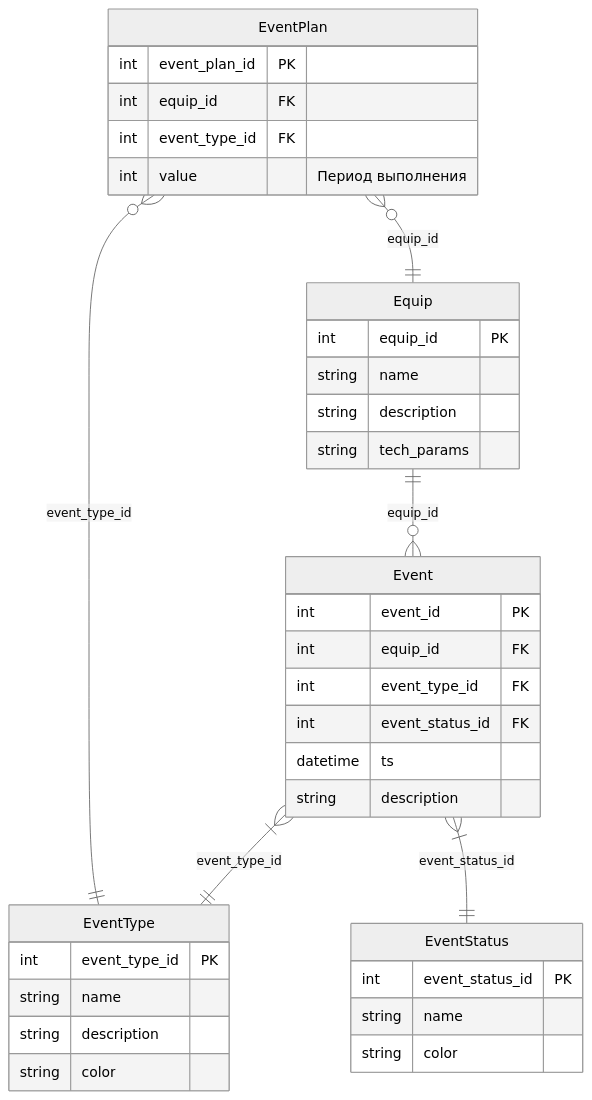
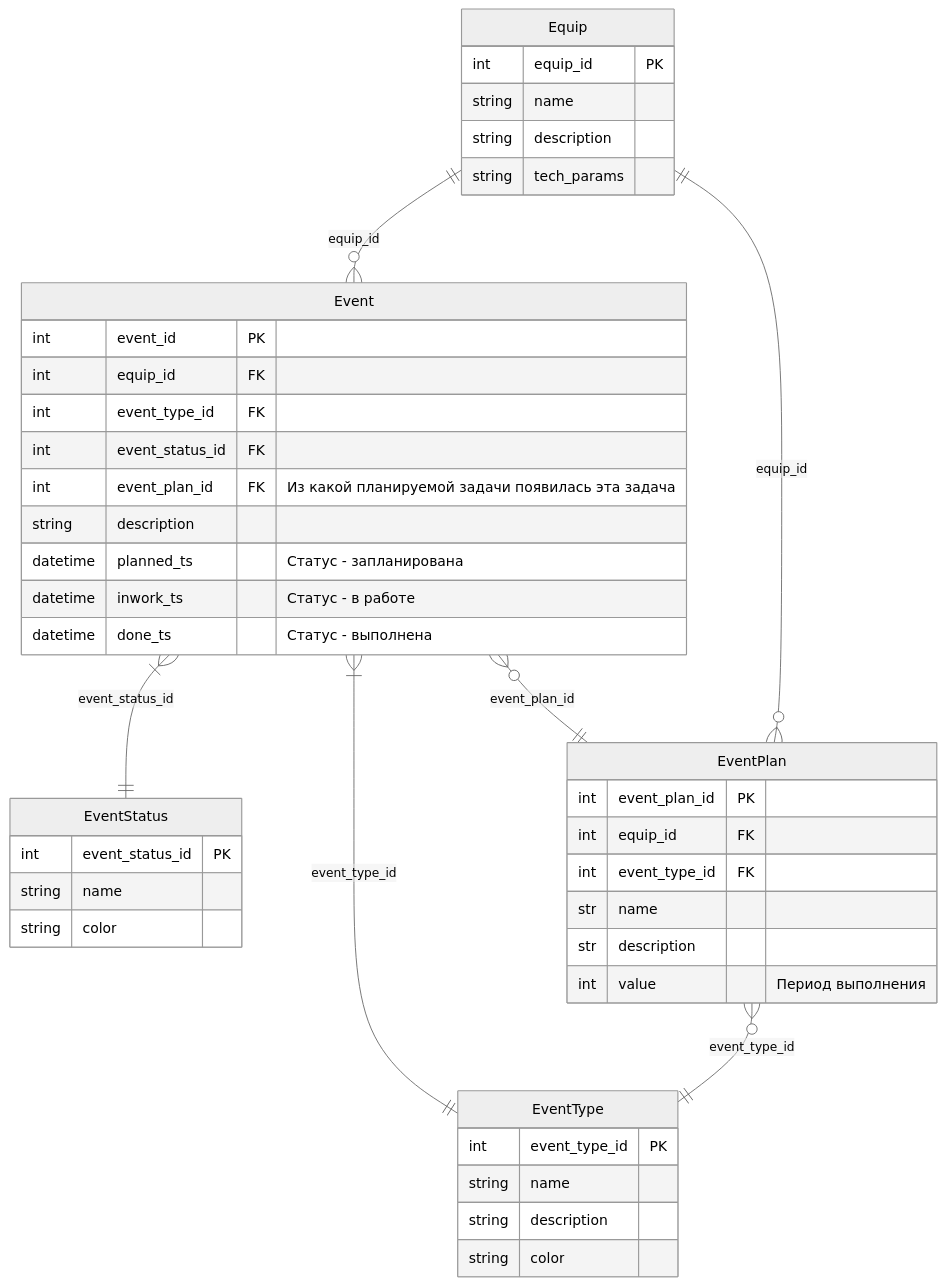
One commit to Konstantin-Dudersky/maintenance changed the diagram in docs/database.md. Above: the diagram before and after it, drawn with Mermaid. The commit also changed 15 other files, not shown here.

````diff
--- a/docs/database.md
+++ b/docs/database.md
@@ -3,50 +3,56 @@
 ```mermaid
 %%{init: {'theme':'neutral'}}%%
 erDiagram
  	Equip ||--o{ Event : equip_id
  	Event }|--|| EventType : event_type_id
  	Event }|--|| EventStatus : event_status_id
  	EventPlan }o--|| Equip : equip_id
  	EventPlan }o--|| EventType : event_type_id
+ 	Event }o--|| EventPlan : event_plan_id
  	
     Equip {
         int equip_id PK
         string name
         string description
         string tech_params
     }
     
     %% Плановые / внеплановые работы
     EventType {
     	int event_type_id PK
     	string name
     	string description
     	string color
     }
     
     %% План / в работе / выполнено
     EventStatus {
     	int event_status_id PK
     	string name
     	string color
     }
     
     %% Планируемые работы, составление расписания
     EventPlan {
     	int event_plan_id PK
     	int equip_id FK
     	int event_type_id FK
+    	str name
+    	str description
     	int value "Период выполнения"
     }
     
     %% Факт. работы
     Event {
     	int event_id PK
     	int equip_id FK
     	int event_type_id FK
     	int event_status_id FK
-    	datetime ts
+    	int event_plan_id FK "Из какой планируемой задачи появилась эта задача"
     	string description
+    	datetime planned_ts "Статус - запланирована"
+    	datetime inwork_ts "Статус - в работе"
+    	datetime done_ts "Статус - выполнена"
     }
     
 ```
````
